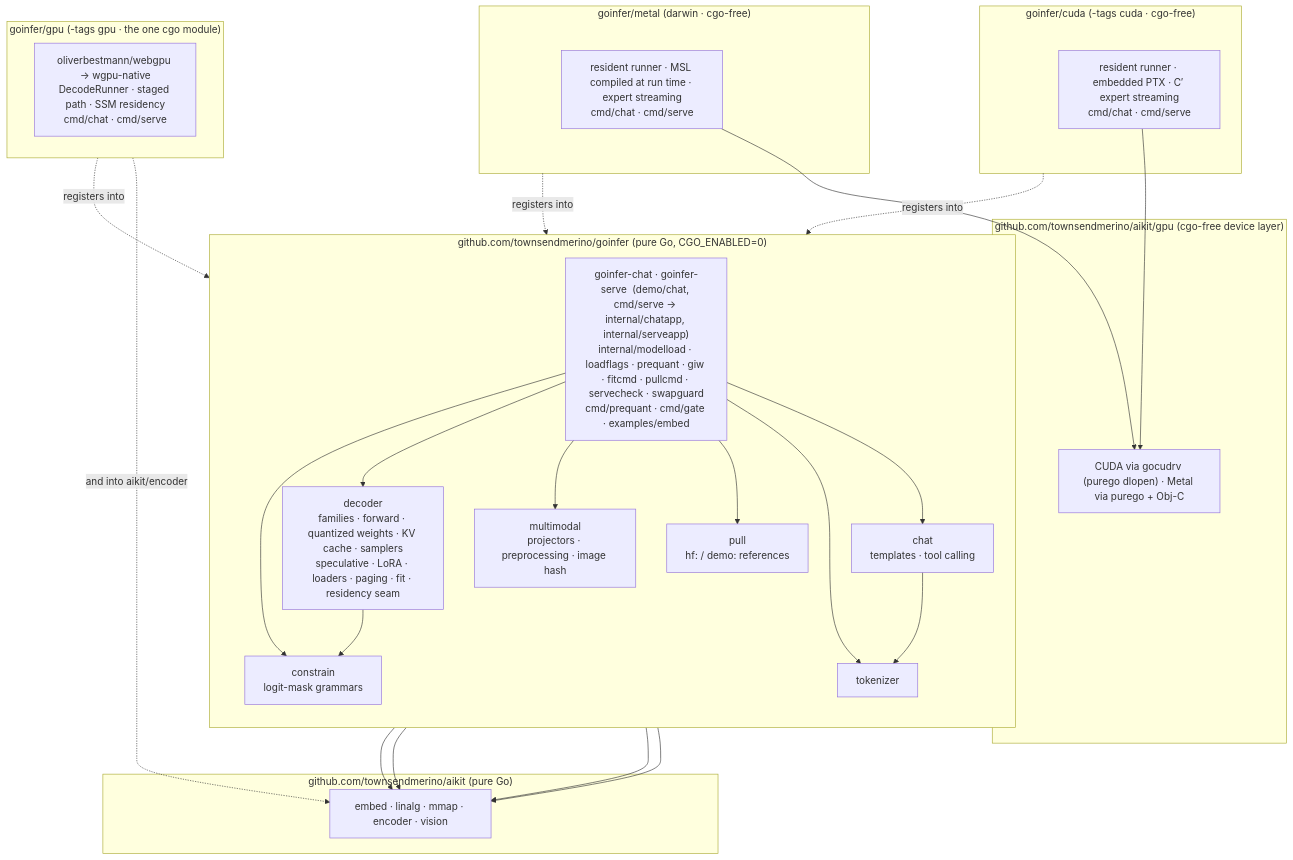
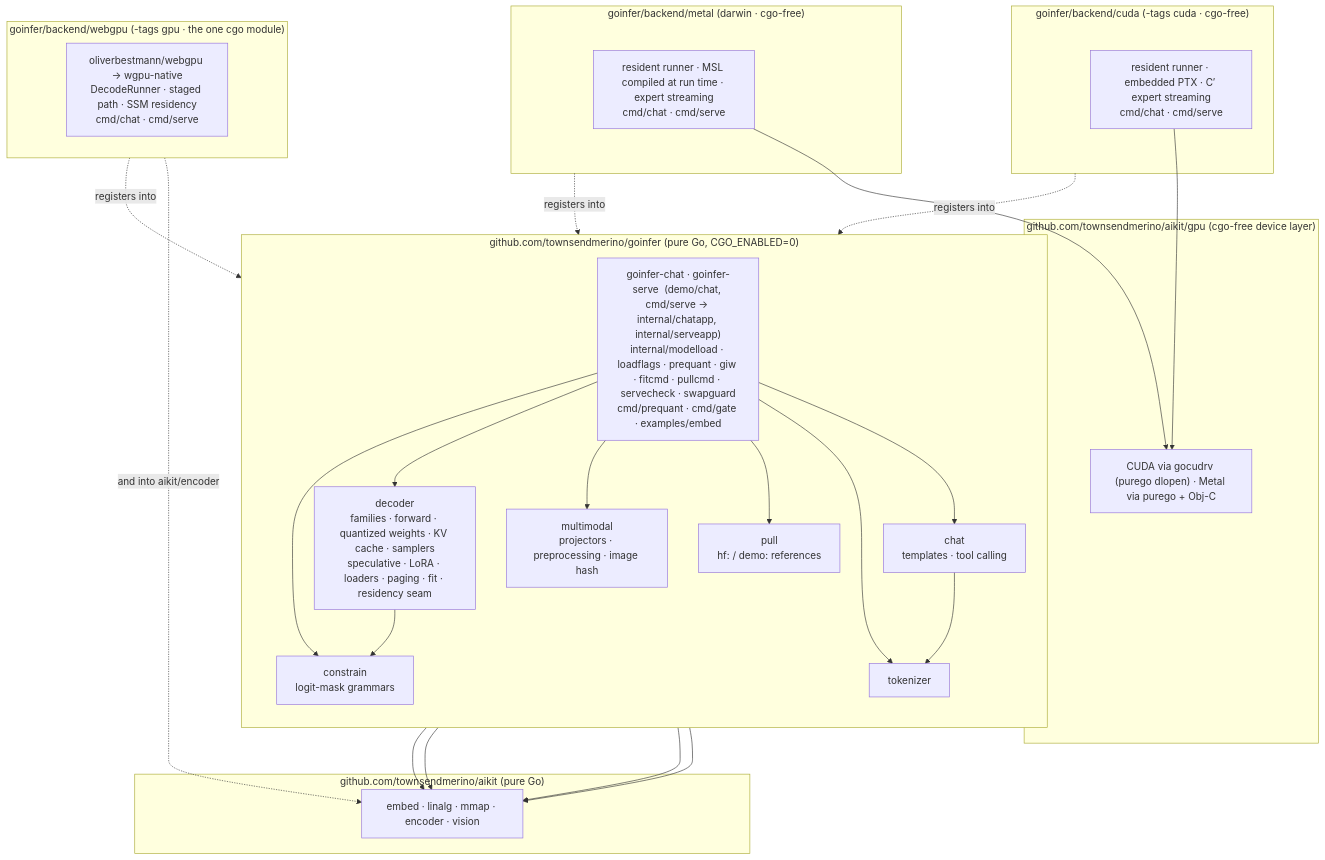
Before and after one commit to townsendmerino/goinfer: the fourth of 4 diagrams in docs/ARCHITECTURE.md, drawn with Mermaid. The commit also changed other lines of this file and 1900 other files, not shown here.

First line of the commit message:
Move the GPU backends under backend/ (layout Tier 2, PR 1)

````diff
--- a/docs/ARCHITECTURE.md
+++ b/docs/ARCHITECTURE.md
@@ -921,46 +921,46 @@
 ```mermaid
 flowchart TB
   subgraph ROOT["github.com/townsendmerino/goinfer  (pure Go, CGO_ENABLED=0)"]
     direction TB
     APPS["goinfer-chat · goinfer-serve  (demo/chat, cmd/serve → internal/chatapp, internal/serveapp)<br/>internal/modelload · loadflags · prequant · giw · fitcmd · pullcmd · servecheck · swapguard<br/>cmd/prequant · cmd/gate · examples/embed"]
     DEC["decoder<br/>families · forward · quantized weights · KV cache · samplers<br/>speculative · LoRA · loaders · paging · fit · residency seam"]
     TKN["tokenizer"]
     CHT["chat<br/>templates · tool calling"]
     CON["constrain<br/>logit-mask grammars"]
     MM["multimodal<br/>projectors · preprocessing · image hash"]
     PULL["pull<br/>hf: / demo: references"]
     APPS --> DEC
     APPS --> CHT
     APPS --> CON
     APPS --> MM
     APPS --> PULL
     APPS --> TKN
     DEC --> CON
     CHT --> TKN
   end
   subgraph AIKIT["github.com/townsendmerino/aikit  (pure Go)"]
     AK["embed · linalg · mmap · encoder · vision"]
   end
   subgraph AIKITGPU["github.com/townsendmerino/aikit/gpu  (cgo-free device layer)"]
     AG["CUDA via gocudrv (purego dlopen) · Metal via purego + Obj-C"]
   end
-  subgraph CUDA["goinfer/cuda  (-tags cuda · cgo-free)"]
+  subgraph CUDA["goinfer/backend/cuda  (-tags cuda · cgo-free)"]
     CU["resident runner · embedded PTX · C′ expert streaming<br/>cmd/chat · cmd/serve"]
   end
-  subgraph METAL["goinfer/metal  (darwin · cgo-free)"]
+  subgraph METAL["goinfer/backend/metal  (darwin · cgo-free)"]
     MT["resident runner · MSL compiled at run time · expert streaming<br/>cmd/chat · cmd/serve"]
   end
-  subgraph GPU["goinfer/gpu  (-tags gpu · the one cgo module)"]
+  subgraph GPU["goinfer/backend/webgpu  (-tags gpu · the one cgo module)"]
     WG["oliverbestmann/webgpu → wgpu-native<br/>DecodeRunner · staged path · SSM residency<br/>cmd/chat · cmd/serve"]
   end
   DEC --> AK
   TKN --> AK
   MM --> AK
   APPS --> AK
   CU --> AG
   MT --> AG
   CUDA -. "registers into" .-> DEC
   METAL -. "registers into" .-> DEC
   GPU -. "registers into" .-> DEC
   GPU -. "and into aikit/encoder" .-> AK
 ```
````
